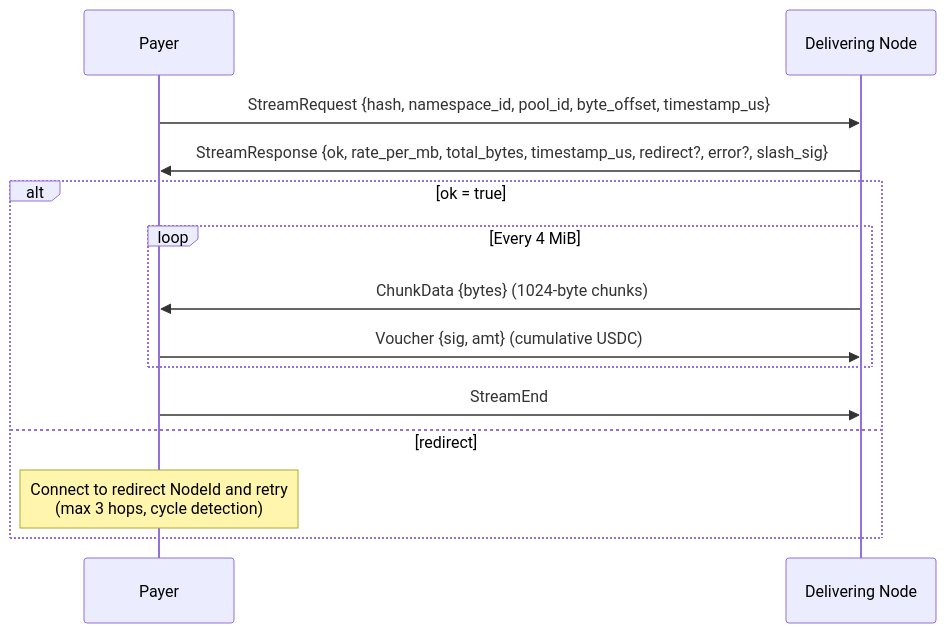
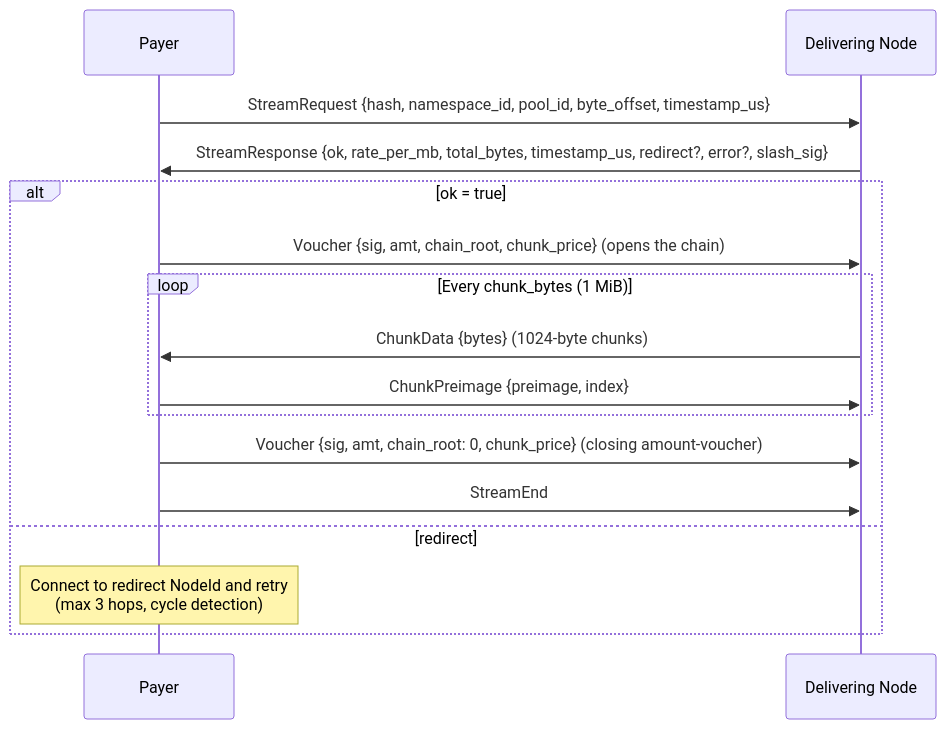
One commit to decdn/decdn changed the second of 3 diagrams in adr/005-protocol.md. Above: the diagram before and after it, drawn with Mermaid. The commit also changed other lines of this file and 13 other files, not shown here.

````diff
--- a/adr/005-protocol.md
+++ b/adr/005-protocol.md
@@ -104,18 +104,20 @@
 ```mermaid
 sequenceDiagram
     participant P as Payer
     participant D as Delivering Node
 
     P->>D: StreamRequest {hash, namespace_id, pool_id, byte_offset, timestamp_us}
     D->>P: StreamResponse {ok, rate_per_mb, total_bytes, timestamp_us, redirect?, error?, slash_sig}
 
     alt ok = true
-        loop Every 4 MiB
+        P->>D: Voucher {sig, amt, chain_root, chunk_price} (opens the chain)
+        loop Every chunk_bytes (1 MiB)
             D->>P: ChunkData {bytes} (1024-byte chunks)
-            P->>D: Voucher {sig, amt} (cumulative USDC)
+            P->>D: ChunkPreimage {preimage, index}
         end
+        P->>D: Voucher {sig, amt, chain_root: 0, chunk_price} (closing amount-voucher)
         P->>D: StreamEnd
     else redirect
         Note over P: Connect to redirect NodeId and retry<br/>(max 3 hops, cycle detection)
     end
 ```
````
